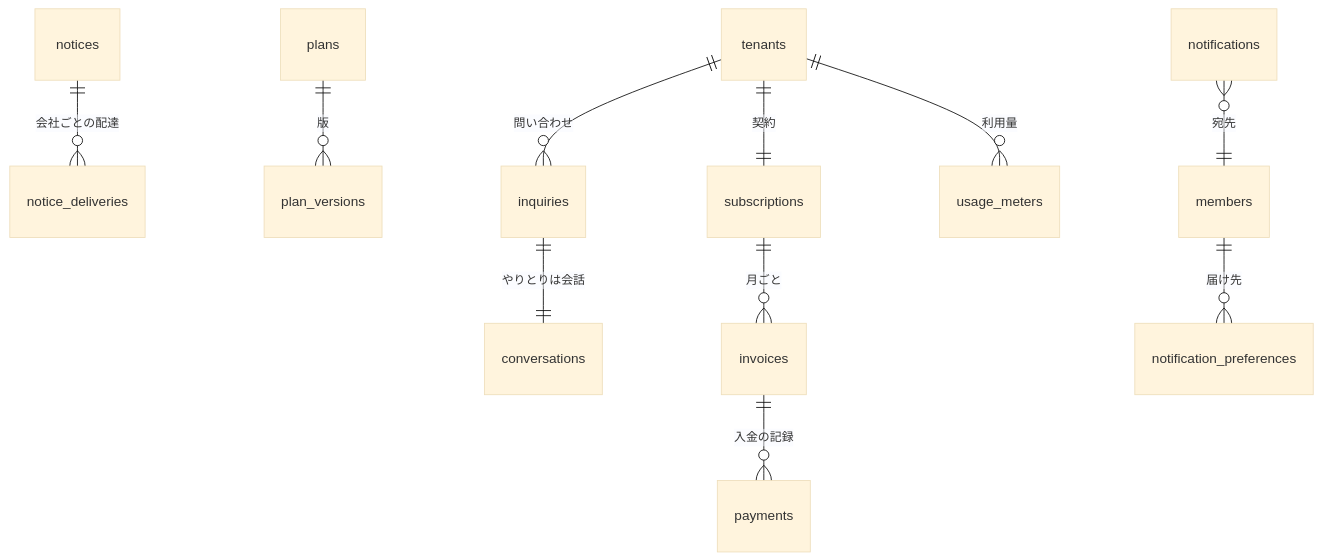
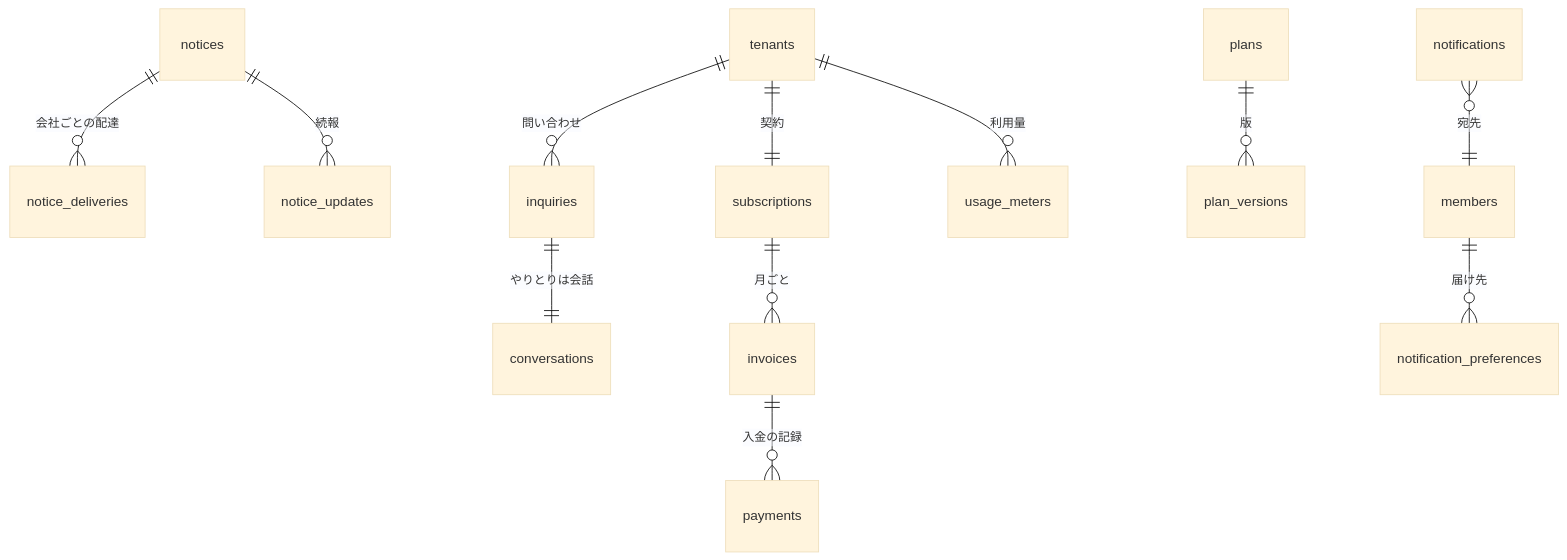
Before and after one commit to masato214/wfr-2611: the ninth of 12 diagrams in 03_architecture/ER図.md, drawn with Mermaid (base theme). The commit also changed other lines of this file and 35 other files, not shown here.

Commit message:
K-954 feat: お知らせを読む口（listNotices）と読んだ印（markNoticeRead）。届け先の決めを DB の関数 app.notice_for_tenant の 1 か所に置き、管理者だけを app.notice_for_member が足す。続報の表 notice_updates・列 target_tenant_ids・impact・admins_only・既読の一意の索引。markNoticeRead の :id を入口の行の確かめから外す（運営のお知らせは行の守りで会社の人に見えない）・登録先と生成物

````diff
--- a/03_architecture/ER図.md
+++ b/03_architecture/ER図.md
@@ -292,13 +292,14 @@
 ```mermaid
 erDiagram
   tenants ||--o{ inquiries : "問い合わせ"
   inquiries ||--|| conversations : "やりとりは会話"
   notices ||--o{ notice_deliveries : "会社ごとの配達"
+  notices ||--o{ notice_updates : "続報"
   plans ||--o{ plan_versions : "版"
   tenants ||--|| subscriptions : "契約"
   subscriptions ||--o{ invoices : "月ごと"
   invoices ||--o{ payments : "入金の記録"
   tenants ||--o{ usage_meters : "利用量"
   members ||--o{ notification_preferences : "届け先"
   notifications }o--|| members : "宛先"
 ```
````
